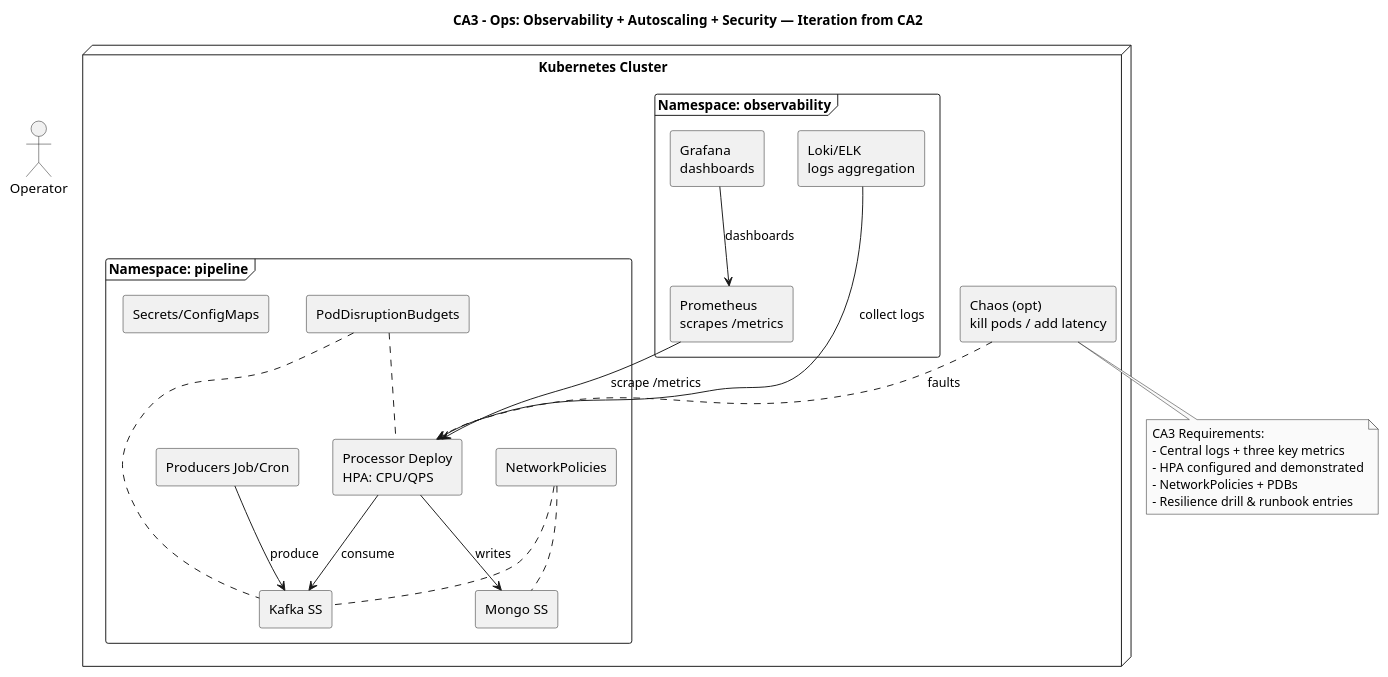
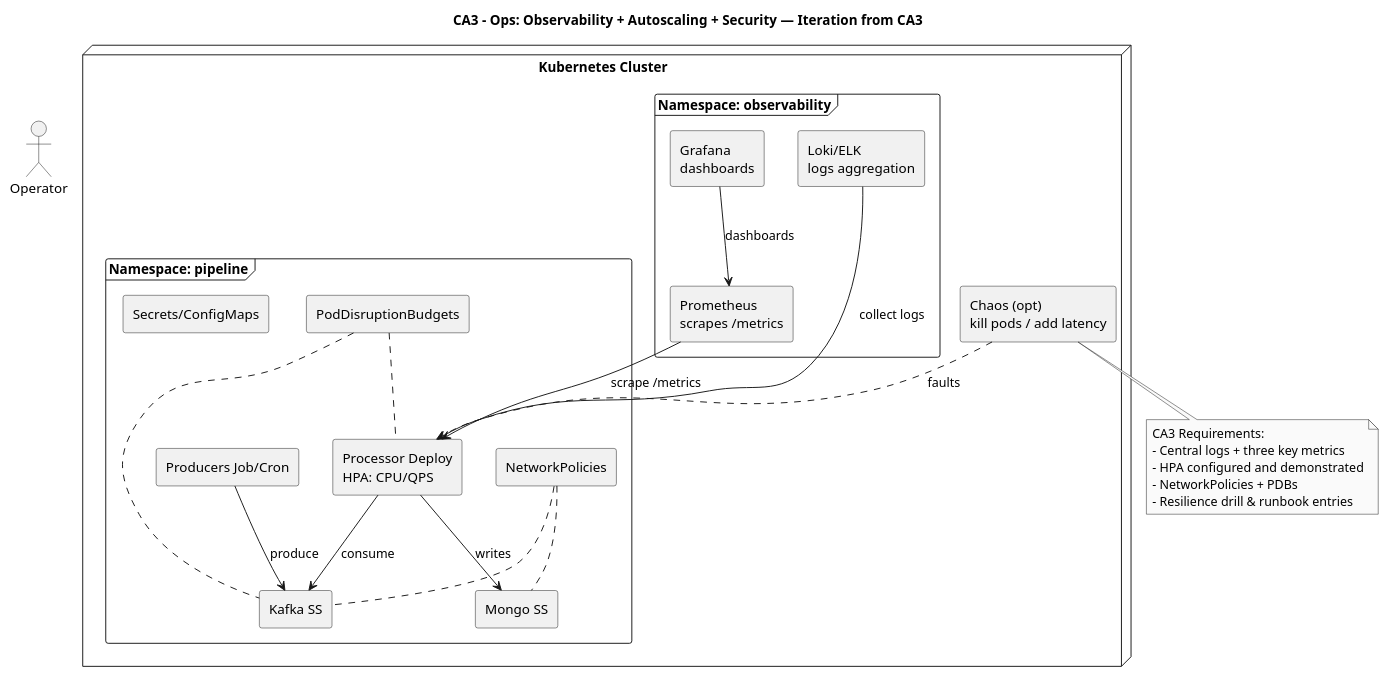
One commit to brobro10000/gpu-token-analytics-pipeline changed the diagram in CA3/architecture.md. Above: the diagram before and after it, drawn with PlantUML. The commit also changed other lines of this file and 68 other files, not shown here.

First line of the commit message:
chore: add base ca2 to ca3 architecture (#45)

````diff
--- a/CA3/architecture.md
+++ b/CA3/architecture.md
@@ -8,50 +8,50 @@
 ```plantuml
 @startuml
-title CA3 - Ops: Observability + Autoscaling + Security — Iteration from CA2
+title CA3 - Ops: Observability + Autoscaling + Security — Iteration from CA3
 
 skinparam shadowing false
 skinparam monochrome true
 skinparam componentStyle rectangle
 
 actor "Operator" as Op
 
 node "Kubernetes Cluster" {
   frame "Namespace: pipeline" {
     component "Kafka SS" as Kafka
     component "Mongo SS" as Mongo
     component "Processor Deploy\nHPA: CPU/QPS" as Proc
     component "Producers Job/Cron" as Prod
     component "NetworkPolicies" as NetPol
     component "PodDisruptionBudgets" as PDB
     component "Secrets/ConfigMaps" as Cfg
   }
   frame "Namespace: observability" {
     component "Prometheus\nscrapes /metrics" as Prom
     component "Grafana\ndashboards" as Graf
     component "Loki/ELK\nlogs aggregation" as Logs
   }
   component "Chaos (opt)\nkill pods / add latency" as Chaos
 }
 
 Prod --> Kafka : produce
 Proc --> Kafka : consume
 Proc --> Mongo : writes
 Prom --> Proc : scrape /metrics
 Graf --> Prom : dashboards
 Logs --> Proc : collect logs
 Chaos ..> Proc : faults
 NetPol .. Kafka
 NetPol .. Mongo
 PDB .. Kafka
 PDB .. Proc
 
 note bottom
 CA3 Requirements:
 - Central logs + three key metrics
 - HPA configured and demonstrated
 - NetworkPolicies + PDBs
 - Resilience drill & runbook entries
 end note
 
 @enduml
 ```
````
